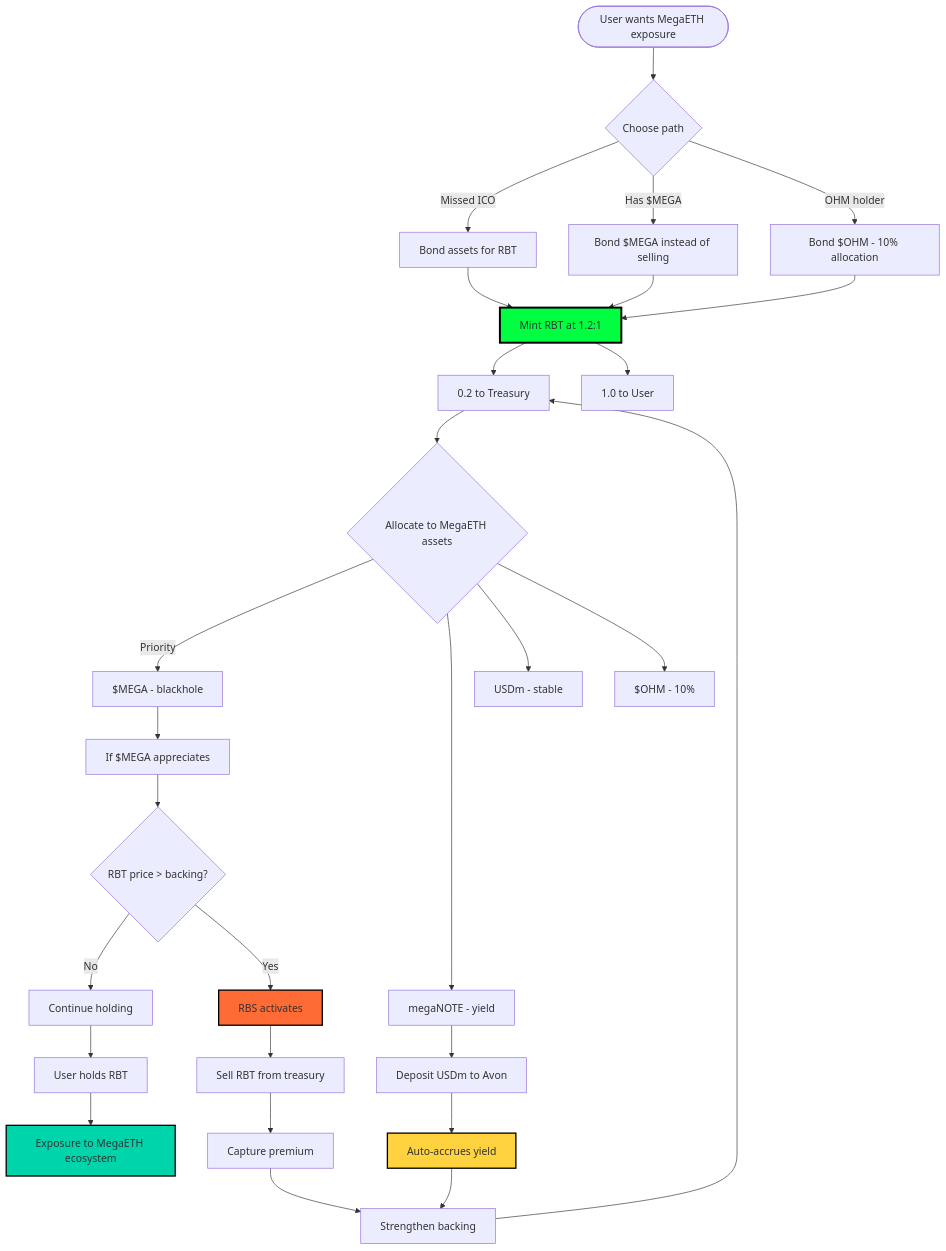
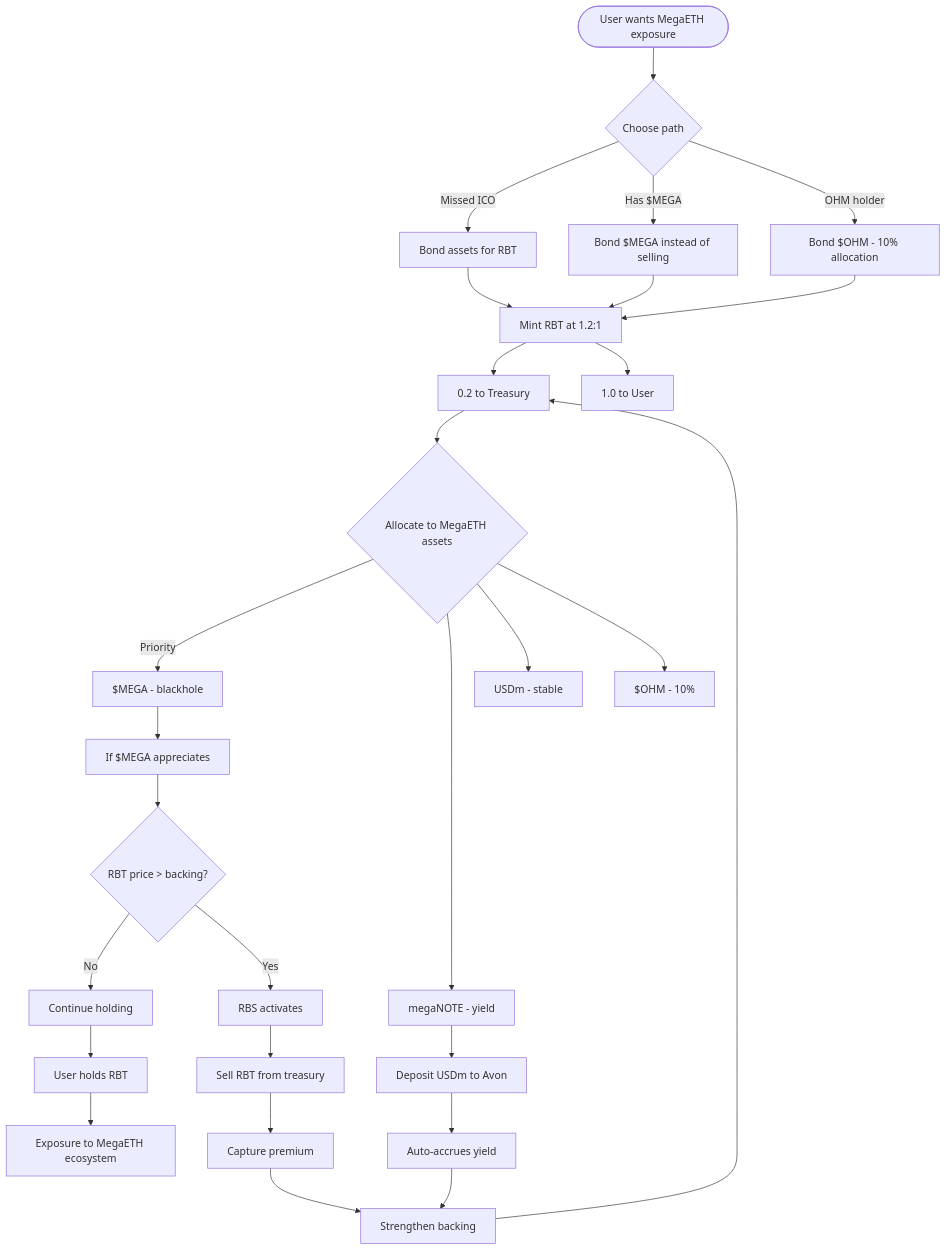
The tenth of 10 diagrams in docs/NOTANOHMFORK_DIAGRAMS.md (0xJaehaerys/ohmega), drawn with Mermaid before and after one commit. The commit also changed other lines of this file, not shown here.

Commit message:
Remove colors from diagrams

````diff
--- a/docs/NOTANOHMFORK_DIAGRAMS.md
+++ b/docs/NOTANOHMFORK_DIAGRAMS.md
@@ -410,48 +381,43 @@
 ```mermaid
 flowchart TB
     START([User wants MegaETH exposure])
     
     START --> CHOICE{Choose path}
     
     CHOICE -->|Missed ICO| BOND1[Bond assets for RBT]
     CHOICE -->|Has $MEGA| BOND2[Bond $MEGA instead of selling]
     CHOICE -->|OHM holder| BOND3[Bond $OHM - 10% allocation]
     
     BOND1 --> MINT[Mint RBT at 1.2:1]
     BOND2 --> MINT
     BOND3 --> MINT
     
     MINT --> TREAS[0.2 to Treasury]
     MINT --> USER[1.0 to User]
     
     TREAS --> ALLOCATE{Allocate to MegaETH assets}
     
     ALLOCATE -->|Priority| MEGA2[$MEGA - blackhole]
     ALLOCATE --> MNOTE2[megaNOTE - yield]
     ALLOCATE --> USDM2[USDm - stable]
     ALLOCATE --> OHM2[$OHM - 10%]
     
     MNOTE2 --> AVON2[Deposit USDm to Avon]
     AVON2 --> YIELD2[Auto-accrues yield]
     
     MEGA2 --> APPRECIATE[If $MEGA appreciates]
     APPRECIATE --> CHECK{RBT price > backing?}
     
     CHECK -->|No| HOLD[Continue holding]
     CHECK -->|Yes| RBS2[RBS activates]
     
     RBS2 --> SELL[Sell RBT from treasury]
     SELL --> CAPTURE[Capture premium]
     CAPTURE --> REINVEST[Strengthen backing]
     
     YIELD2 --> REINVEST
     REINVEST --> TREAS
     
     HOLD --> USER2[User holds RBT]
     USER2 --> EXPOSURE[Exposure to MegaETH ecosystem]
-    
-    style MINT fill:#00ff41,stroke:#000,stroke-width:3px
-    style RBS2 fill:#ff6b35,stroke:#000,stroke-width:2px
-    style YIELD2 fill:#ffd23f,stroke:#000,stroke-width:2px
-    style EXPOSURE fill:#00d4aa,stroke:#000,stroke-width:2px
 ```
````
